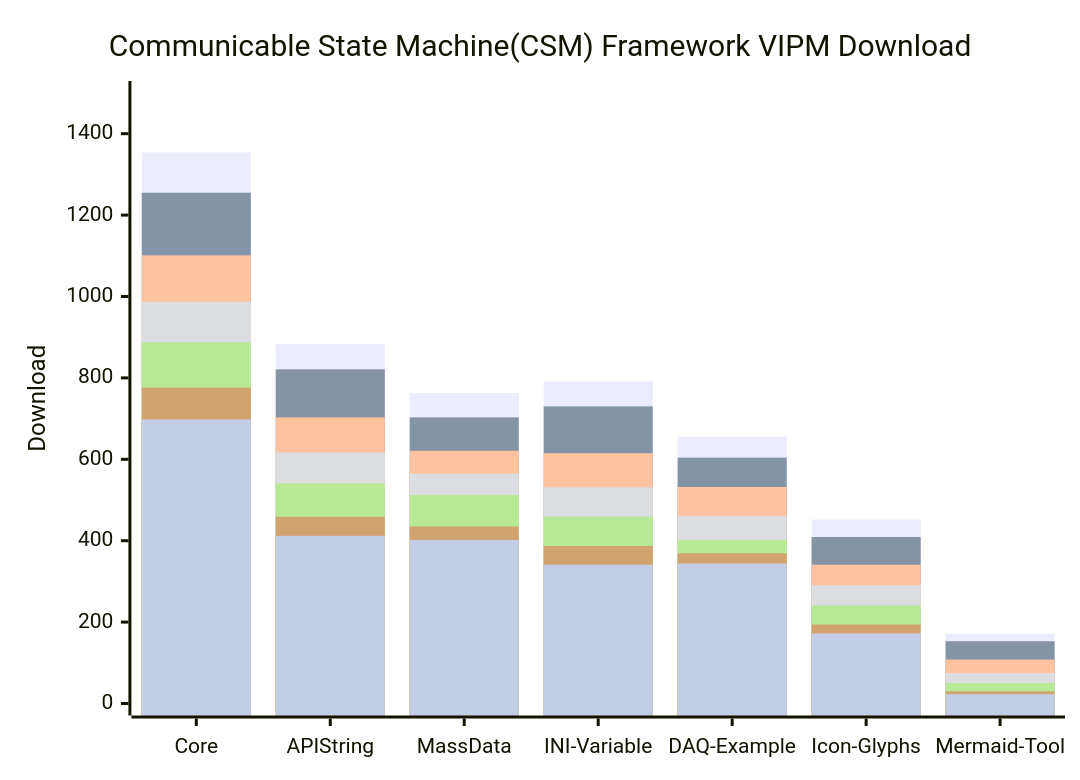
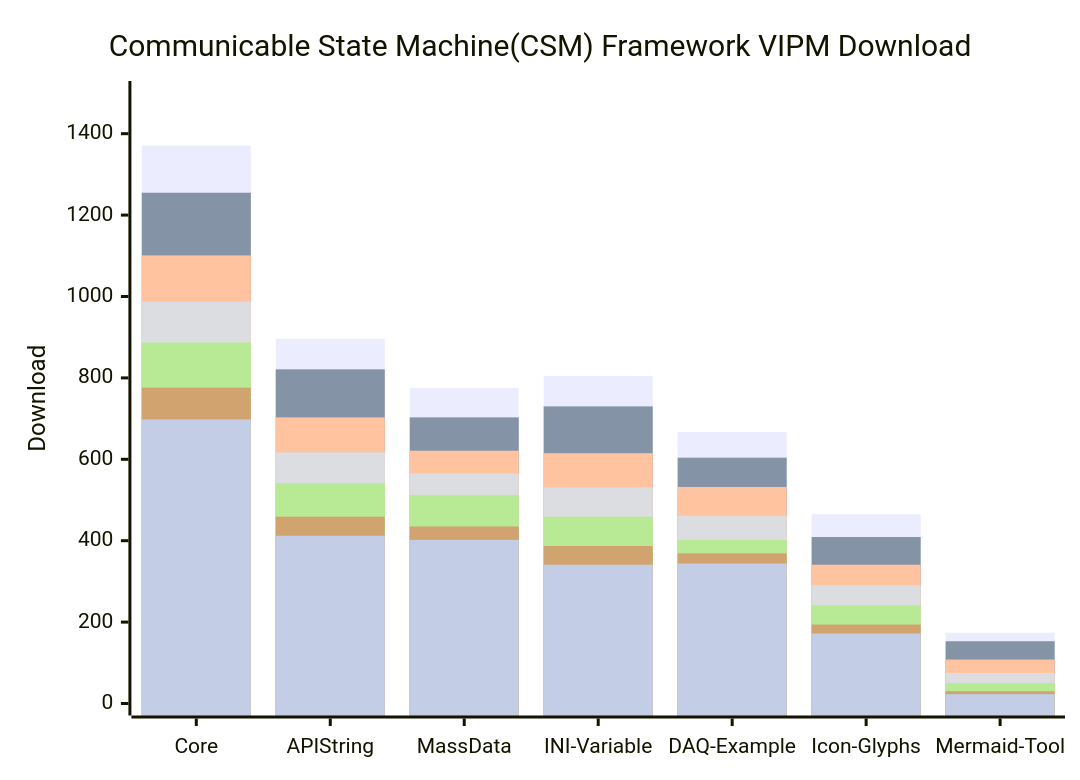
One commit to NEVSTOP-LAB/.github changed the diagram in profile/README.md. Above: the diagram before and after it, drawn with Mermaid.

````diff
--- a/profile/README.md
+++ b/profile/README.md
@@ -31,13 +31,13 @@
 ```mermaid
     xychart-beta
     title "Communicable State Machine(CSM) Framework VIPM Download"
     x-axis [Core, API String, MassData, INI-Variable, DAQ-Example, Icon-Glyphs, Mermaid-Tool]
     y-axis "Download" 0 --> 1500
-    bar   [1354, 883, 763, 792, 656, 452, 171]
+    bar   [1371, 896, 775, 805, 667, 465, 174]
     bar   [1255, 821, 703, 730, 604, 409, 153]
     bar   [1101, 703, 621, 615, 532, 341, 108]
     bar   [987, 617, 565, 531, 461, 291, 75]
     bar   [887, 541, 512, 459, 402, 241, 50]
     bar   [776, 459, 435, 387, 369, 194, 30]
     bar   [698, 412, 402, 341, 344, 172, 23]
 ```
````
